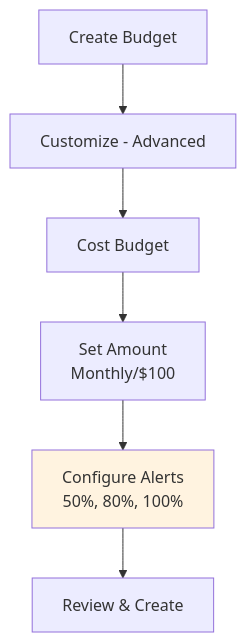
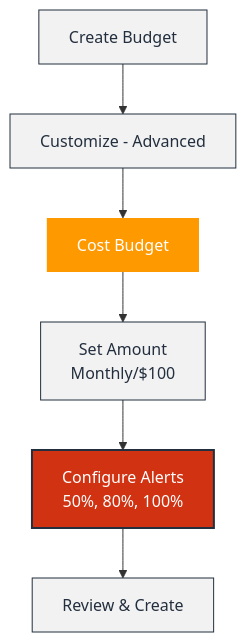
Before and after one commit to tietvinhphu/AWS-Journey: the fifth of 7 diagrams in The First Cloud Journey/3. Cost Management with AWS Budgets/README.md, drawn with Mermaid. The commit also changed other lines of this file, not shown here.

Commit message:
update mermaid

````diff
--- a/The First Cloud Journey/3. Cost Management with AWS Budgets/README.md
+++ b/The First Cloud Journey/3. Cost Management with AWS Budgets/README.md
@@ -251,11 +254,13 @@
 ```mermaid
 flowchart TD
-    A[Create Budget] --> B[Customize - Advanced]
-    B --> C[Cost Budget]
-    C --> D[Set Amount<br/>Monthly/$100]
-    D --> E[Configure Alerts<br/>50%, 80%, 100%]
-    E --> F[Review & Create]
+    %% Define Styles
+    classDef process fill:#f2f2f2,stroke:#232F3E,stroke-width:1px,color:#232F3E
+    classDef aws fill:#FF9900,stroke:#232F3E,stroke-width:0px,color:#fff
+    classDef alert fill:#D13212,stroke:#232F3E,stroke-width:2px,color:#fff
 
-    style E fill:#fff3e0
-
+    A[Create Budget]:::process --> B[Customize - Advanced]:::process
+    B --> C[Cost Budget]:::aws
+    C --> D[Set Amount<br/>Monthly/$100]:::process
+    D --> E[Configure Alerts<br/>50%, 80%, 100%]:::alert
+    E --> F[Review & Create]:::process
 ```
````
